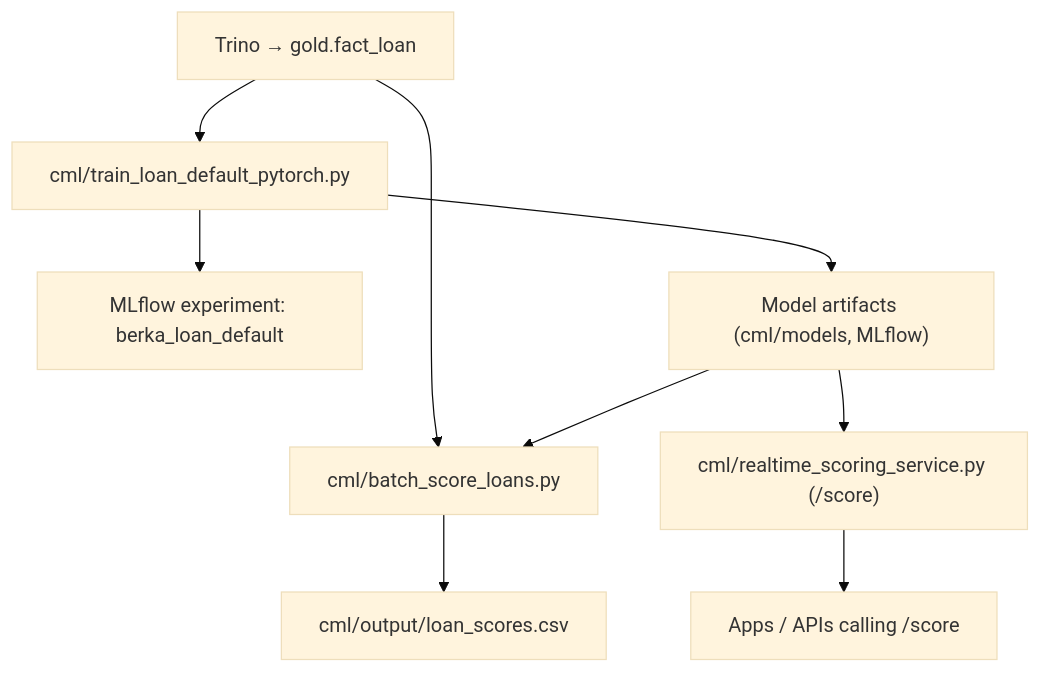
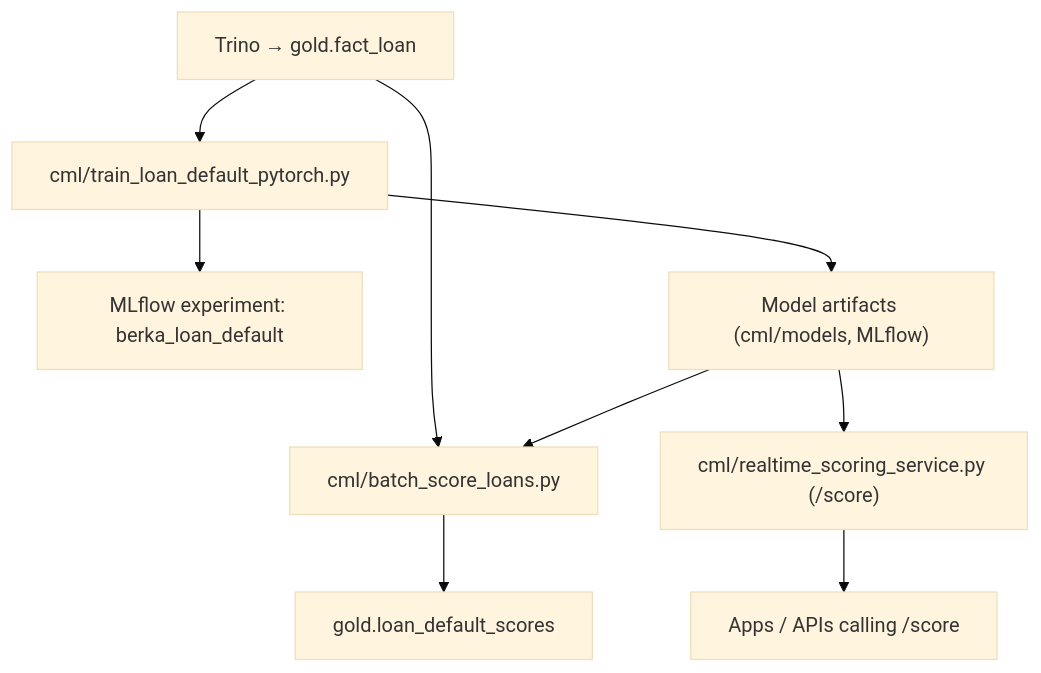
Before and after one commit to myloginid/Berka-Banking-Demo: the sixth of 6 diagrams in readme.md, drawn with Mermaid (base theme). The commit also changed other lines of this file and 2 other files, not shown here.

Commit message:
Write batch ML scores to gold table and align CML scoring

````diff
--- a/readme.md
+++ b/readme.md
@@ -566,29 +566,29 @@
 ```mermaid
 flowchart TD
     %% Data source
     TRINO_FACT_LOAN["Trino → gold.fact_loan"]
 
     %% Training
     TRAIN_SCRIPT["cml/train_loan_default_pytorch.py"]
     MLFLOW_EXP["MLflow experiment: berka_loan_default"]
     MODEL_STORE["Model artifacts (cml/models, MLflow)"]
 
     %% Batch scoring
     BATCH_SCORE["cml/batch_score_loans.py"]
-    BATCH_OUTPUT["cml/output/loan_scores.csv"]
+    BATCH_OUTPUT["gold.loan_default_scores"]
 
     %% Real-time scoring
     RT_SERVICE["cml/realtime_scoring_service.py (/score)"]
     RT_CLIENTS["Apps / APIs calling /score"]
 
     TRINO_FACT_LOAN --> TRAIN_SCRIPT
     TRAIN_SCRIPT --> MLFLOW_EXP
     TRAIN_SCRIPT --> MODEL_STORE
 
     TRINO_FACT_LOAN --> BATCH_SCORE
     MODEL_STORE --> BATCH_SCORE
     BATCH_SCORE --> BATCH_OUTPUT
 
     MODEL_STORE --> RT_SERVICE
     RT_SERVICE --> RT_CLIENTS
 ```
````
